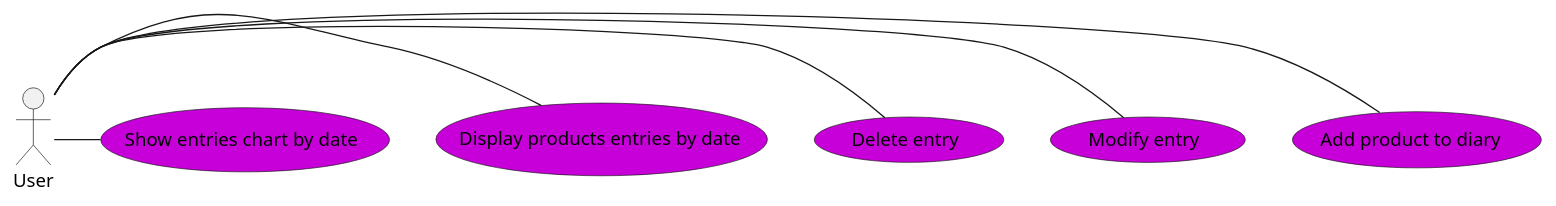
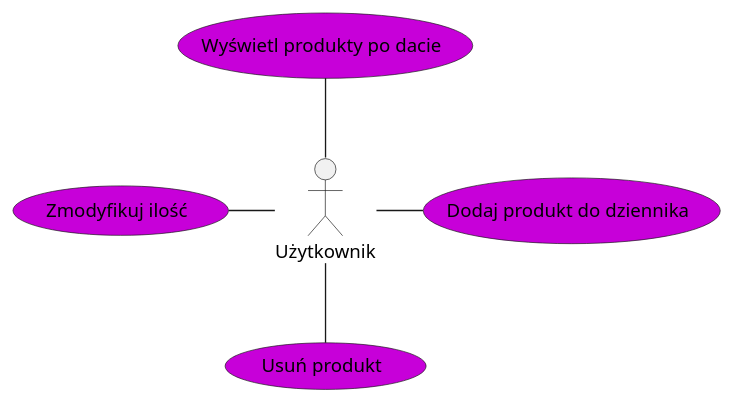
One commit to DCTRN/foodTrainerBE changed the diagram in diagrams/food/use-cases copy.plantuml. Above: the diagram before and after it, drawn with PlantUML. The commit also changed 17 other files, not shown here.

```diff
--- a/diagrams/food/use-cases copy.plantuml
+++ b/diagrams/food/use-cases copy.plantuml
@@ -1,77 +1,21 @@
 @startuml
 ' #ffbb00 - auth
 ' #00b32a - userFriends
 ' #0077ff - products
 ' #c700d9 - userProducts
 ' Actors declarations
-actor User as U
-
-' UseCases declarations
-
-' ' Auth use cases declarations
-' "Register to application" as (Registration) #ffbb00
-' "Login to application" as (Login) #ffbb00
-' "Logout from application" as (Logout) #ffbb00
-
-' ' UserFriends use cases declarations
-' "Find users" as (FindUsers) #00b32a
-' "Send friend request" as (SendFriendRequest) #00b32a
-' "Accept friend request" as (AcceptFriendRequest) #00b32a
-' "Cancel friend request" as (CancelFriendRequest) #00b32a
-' "Refuse friend request" as (RefuseFriendRequest) #00b32a
-' "Delete friend" as (DeleteFriend) #00b32a
-' "Display friends list" as (DisplayFriendsList) #00b32a
-
-' ' Product use cases declarations
-' "Find product" as (FinProduct) #0077ff
-' "Add new product" as (AddNewProduct) #0077ff
-' "Modify product" as (ModifyProduct) #0077ff
-' "Delete Product" as (DeleteProduct) #0077ff
-' "Display user products" as (DisplayUserProducts) #0077ff
+actor Użytkownik as U
 
 ' UserProduct use cases declarations
-"Add product to diary " as (AddProductToDiary) #c700d9
-"Modify entry" as (ModifyEntry) #c700d9
-"Delete entry" as (DeleteEntry) #c700d9
-"Display products entries by date" as (DisplayProductEntriesByDate) #c700d9
-"Show entries chart by date" as (ShowEntriesChartByDate) #c700d9
-
-' ' Auth use cases
-' U -- Registration
-' U -- Login
-' U -- Logout
-
-' ' UserFriends use cases
-' U -- FindUsers
-
-' U -- SendFriendRequest
-
-' CancelFriendRequest .down.> SendFriendRequest : extend
-' U -- CancelFriendRequest
-
-' RefuseFriendRequest .down.> SendFriendRequest : extend
-' U -- RefuseFriendRequest
-
-
-' AcceptFriendRequest .down.> SendFriendRequest : extend
-' U -- AcceptFriendRequest
-
-' U -- DisplayFriendsList
-
-' U -- DeleteFriend
-
-' ' Product use casess
-' U -left- FinProduct
-' U -left- AddNewProduct
-' U -left- ModifyProduct
-' U -left- DeleteProduct
-' U -left- DisplayUserProducts
+"Dodaj produkt do dziennika" as (AddProductToDiary) #c700d9
+"Zmodyfikuj ilość" as (ModifyEntry) #c700d9
+"Usuń produkt" as (DeleteEntry) #c700d9
+"Wyświetl produkty po dacie" as (DisplayProductEntriesByDate) #c700d9
 
 ' UserProduct use cases
+U -up- DisplayProductEntriesByDate
 U -right- AddProductToDiary
-U -right- ModifyEntry
-U -right- DeleteEntry
-U -right- DisplayProductEntriesByDate
-U -right- ShowEntriesChartByDate
+U -left- ModifyEntry
+U -down- DeleteEntry
 
 @enduml
```
